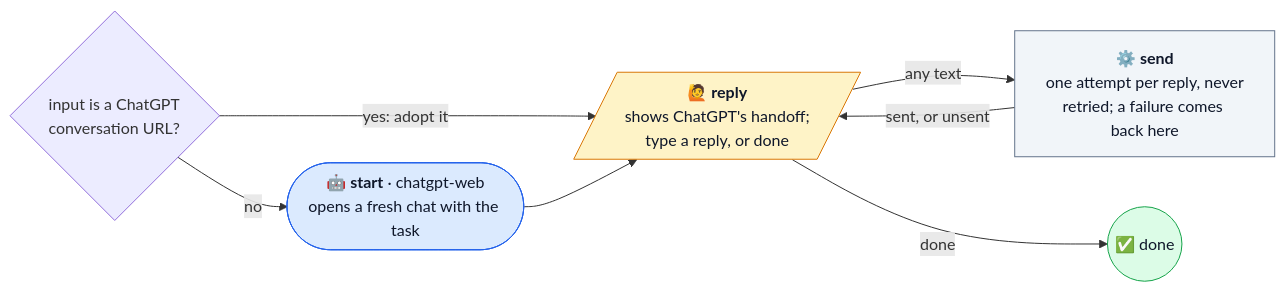
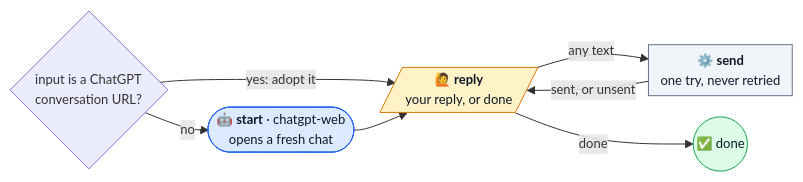
The diagram in docs/workflows/chatgpt-thread.md (dna113p/machine-shop), drawn with Mermaid before and after one commit. The commit also changed 13 other files, not shown here.

First line of the commit message:
The workflow diagrams are about half their size

````diff
--- a/docs/workflows/chatgpt-thread.md
+++ b/docs/workflows/chatgpt-thread.md
@@ -36,24 +36,25 @@
 ```mermaid
+%%{init: {"themeVariables": {"fontSize": "13px"}, "flowchart": {"nodeSpacing": 16, "rankSpacing": 26, "padding": 6, "diagramPadding": 4}}}%%
 flowchart LR
   input{"input is a ChatGPT<br/>conversation URL?"}
-  start(["🤖 <b>start</b> · chatgpt-web<br/>opens a fresh chat with the task"])
-  reply[/"🙋 <b>reply</b><br/>shows ChatGPT's handoff;<br/>type a reply, or done"/]
-  send["⚙️ <b>send</b><br/>one attempt per reply, never<br/>retried; a failure comes back here"]
+  start(["🤖 <b>start</b> · chatgpt-web<br/>opens a fresh chat"])
+  reply[/"🙋 <b>reply</b><br/>your reply, or done"/]
+  send["⚙️ <b>send</b><br/>one try, never retried"]
   done(("✅ done"))
 
   input -->|no| start
   input -->|"yes: adopt it"| reply
   start --> reply
   reply -->|"any text"| send
   send -->|"sent, or unsent"| reply
   reply -->|done| done
 
   classDef agent fill:#dbeafe,stroke:#2563eb,color:#0f172a
   classDef op fill:#f1f5f9,stroke:#64748b,color:#0f172a
   classDef human fill:#fef3c7,stroke:#d97706,color:#0f172a
   classDef good fill:#dcfce7,stroke:#16a34a,color:#0f172a
   class start agent
   class send op
   class reply human
   class done good
 ```
````
